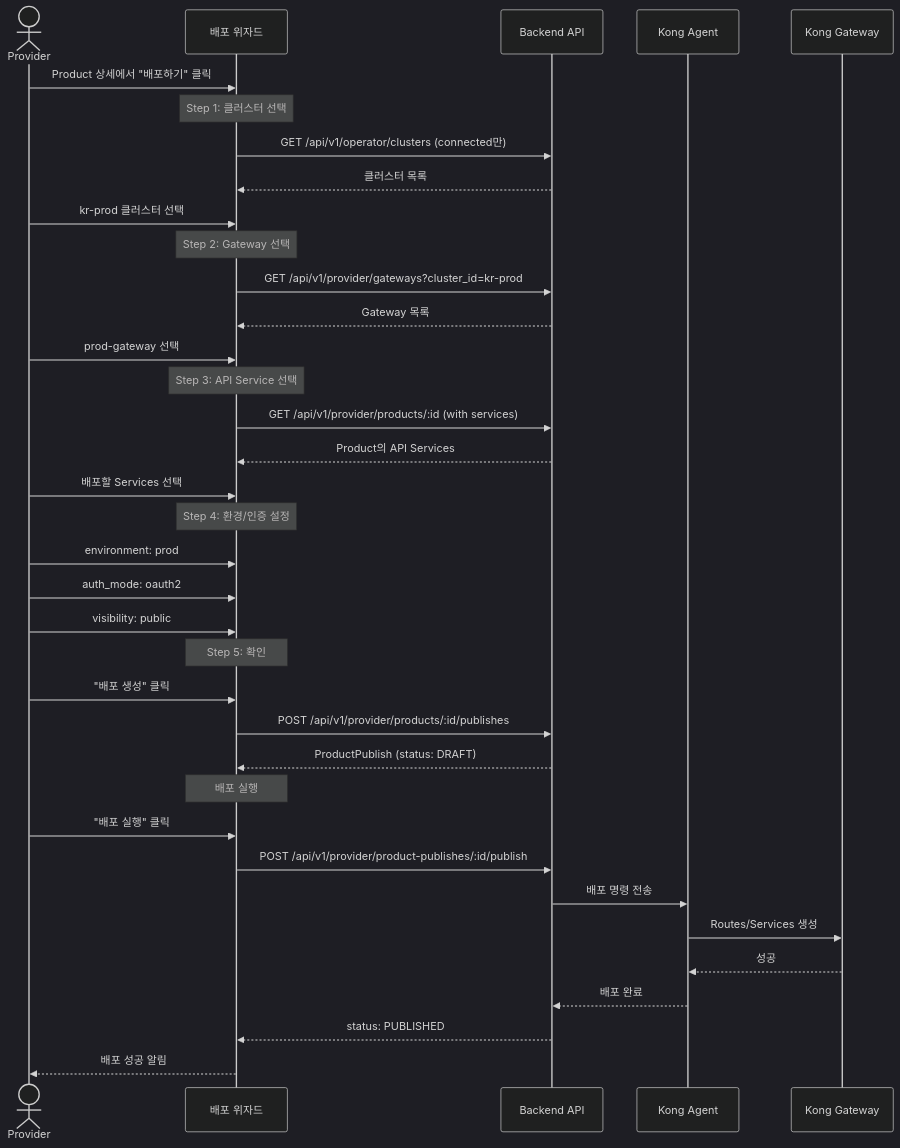
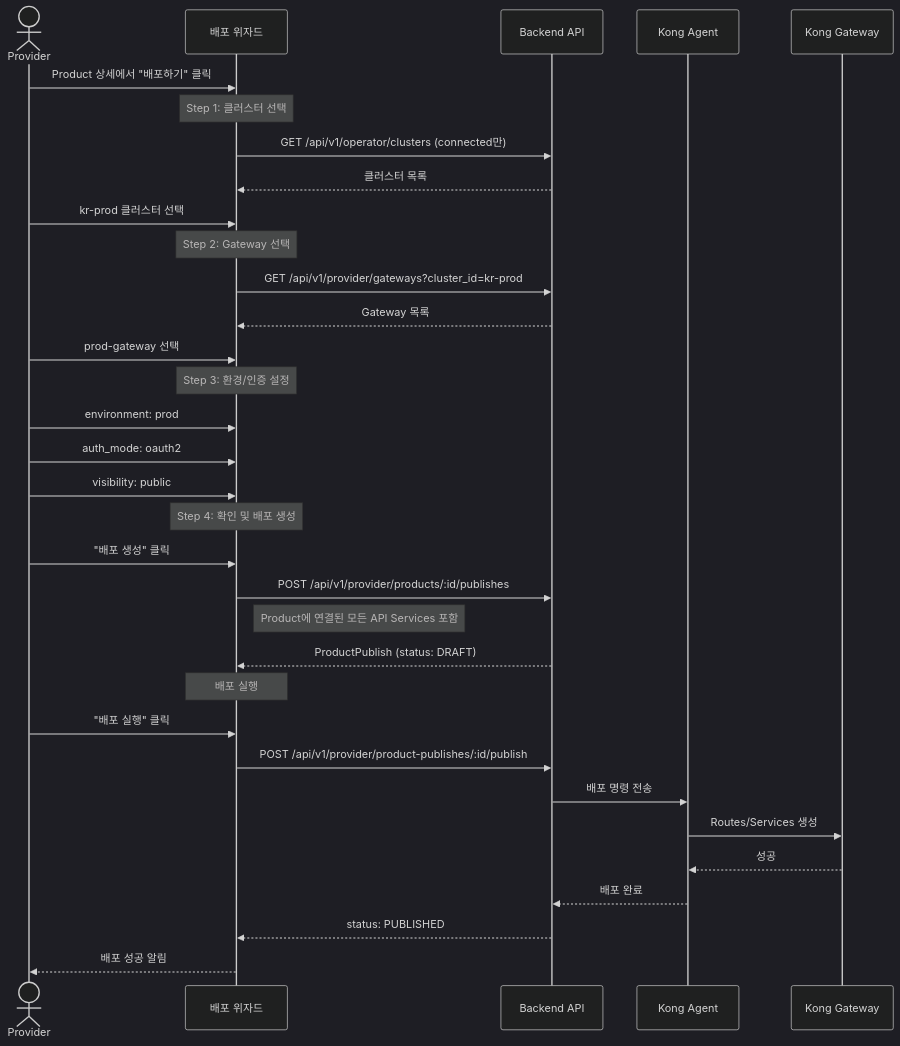
The third of 4 diagrams in imp-gateway/epics/EPIC-019-product-publish.md (imprun/.context), drawn with Mermaid (dark theme) before and after one commit. The commit also changed other lines of this file and 13 other files, not shown here.

````diff
--- a/imp-gateway/epics/EPIC-019-product-publish.md
+++ b/imp-gateway/epics/EPIC-019-product-publish.md
@@ -176,45 +178,41 @@
 ```mermaid
 sequenceDiagram
     actor Provider
     participant UI as 배포 위자드
     participant API as Backend API
     participant Agent as Kong Agent
     participant Kong as Kong Gateway
 
     Provider->>UI: Product 상세에서 "배포하기" 클릭
 
     Note over UI: Step 1: 클러스터 선택
     UI->>API: GET /api/v1/operator/clusters (connected만)
     API-->>UI: 클러스터 목록
     Provider->>UI: kr-prod 클러스터 선택
 
     Note over UI: Step 2: Gateway 선택
     UI->>API: GET /api/v1/provider/gateways?cluster_id=kr-prod
     API-->>UI: Gateway 목록
     Provider->>UI: prod-gateway 선택
 
-    Note over UI: Step 3: API Service 선택
-    UI->>API: GET /api/v1/provider/products/:id (with services)
-    API-->>UI: Product의 API Services
-    Provider->>UI: 배포할 Services 선택
-
-    Note over UI: Step 4: 환경/인증 설정
+    Note over UI: Step 3: 환경/인증 설정
     Provider->>UI: environment: prod
     Provider->>UI: auth_mode: oauth2
     Provider->>UI: visibility: public
 
-    Note over UI: Step 5: 확인
+    Note over UI: Step 4: 확인 및 배포 생성
     Provider->>UI: "배포 생성" 클릭
     UI->>API: POST /api/v1/provider/products/:id/publishes
+    Note right of UI: Product에 연결된 모든 API Services 포함
     API-->>UI: ProductPublish (status: DRAFT)
 
     Note over UI: 배포 실행
     Provider->>UI: "배포 실행" 클릭
     UI->>API: POST /api/v1/provider/product-publishes/:id/publish
     API->>Agent: 배포 명령 전송
     Agent->>Kong: Routes/Services 생성
     Kong-->>Agent: 성공
     Agent-->>API: 배포 완료
     API-->>UI: status: PUBLISHED
     UI-->>Provider: 배포 성공 알림
 ```
````
